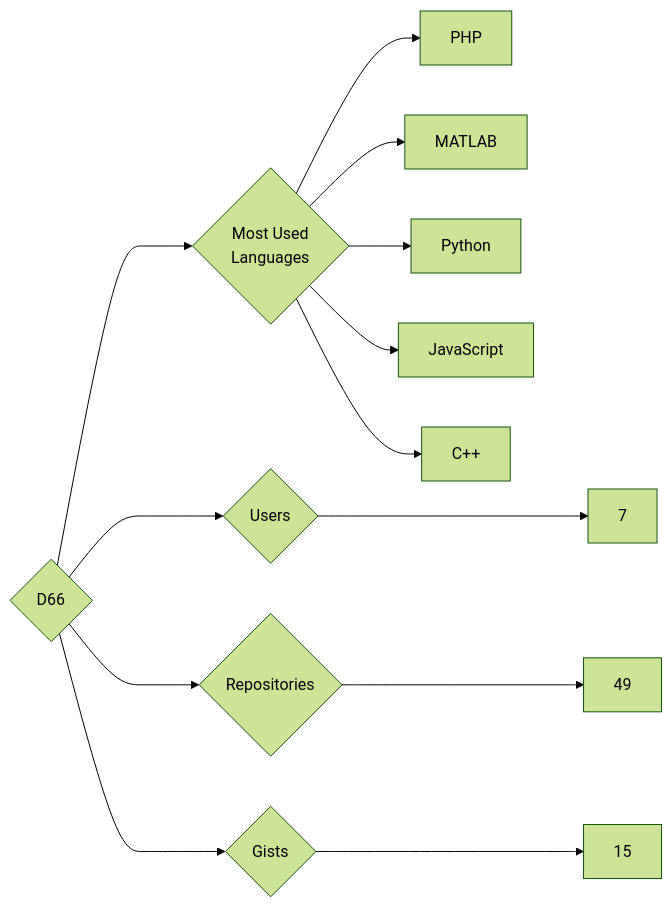
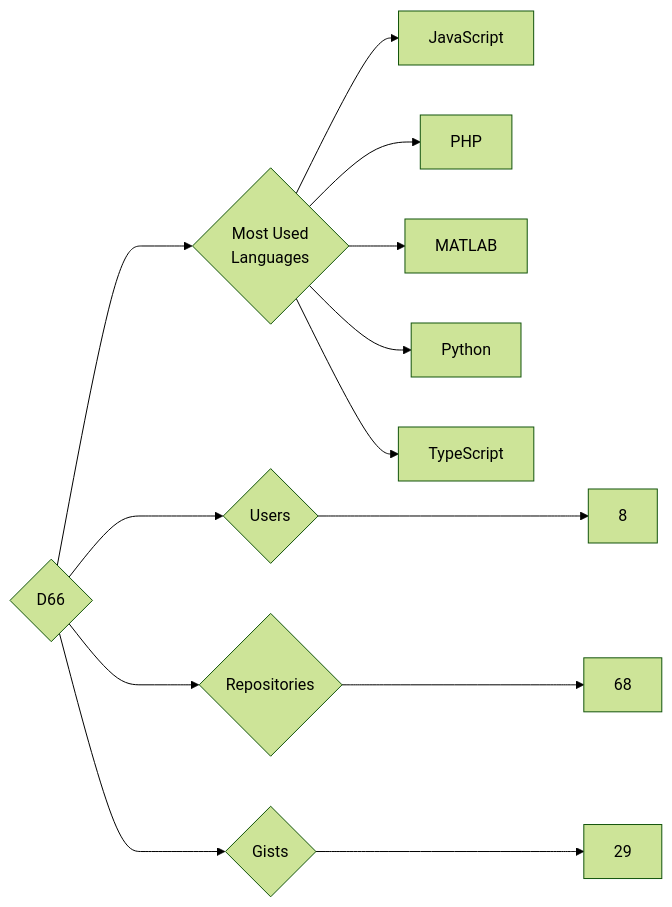
Before and after one commit to trickest/insiders: the diagram in targets/D66/README.md, drawn with Mermaid (forest theme). The commit also changed 916 other files, not shown here.

````diff
--- a/targets/D66/README.md
+++ b/targets/D66/README.md
@@ -3,13 +3,13 @@
 ```mermaid
 graph LR
 COMPANY_NAME{D66}
-COMPANY_NAME ---> U{Users} ---> UN[7]
-COMPANY_NAME ---> R{Repositories} ---> RN[49]
-COMPANY_NAME ---> G{Gists} ---> GN[15]
+COMPANY_NAME ---> U{Users} ---> UN[8]
+COMPANY_NAME ---> R{Repositories} ---> RN[68]
+COMPANY_NAME ---> G{Gists} ---> GN[29]
 COMPANY_NAME ---> ML{Most Used<br>Languages}
+ML --> JavaScript[JavaScript]
 ML --> PHP[PHP]
 ML --> MATLAB[MATLAB]
 ML --> Python[Python]
-ML --> JavaScript[JavaScript]
-ML --> C++[C++]
+ML --> TypeScript[TypeScript]
 ```
````
